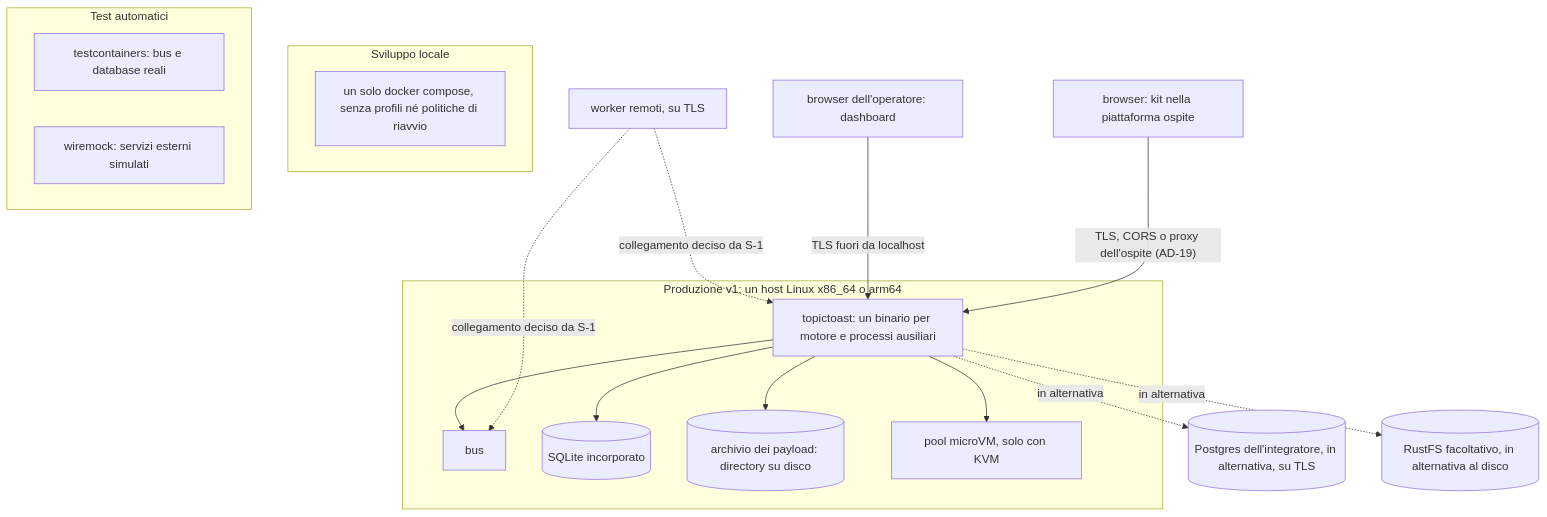
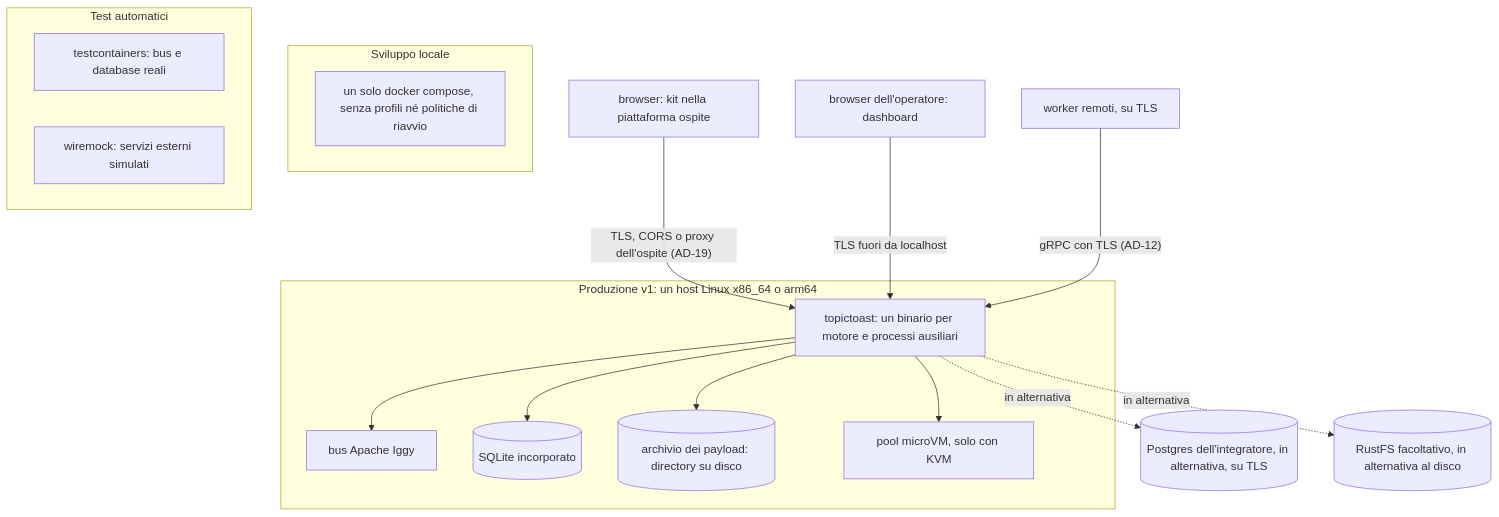
Before and after one commit to topictoast/topictoast: the third of 3 diagrams in docs/architecture/architecture-topictoast-2026-11-20/ARCHITECTURE-SPINE.md, drawn with Mermaid. The commit also changed other lines of this file and 5 other files, not shown here.

Commit message:
docs(architecture): update the spine after spike S-1 (bus ADR), AD ids stable

````diff
--- a/docs/architecture/architecture-topictoast-2026-11-20/ARCHITECTURE-SPINE.md
+++ b/docs/architecture/architecture-topictoast-2026-11-20/ARCHITECTURE-SPINE.md
@@ -750,34 +758,33 @@
 ```mermaid
 flowchart TB
   subgraph prod ["Produzione v1: un host Linux x86_64 o arm64"]
     svc1["topictoast: un binario per motore e processi ausiliari"]
-    svc2["bus"]
+    svc2["bus Apache Iggy"]
     sqlite[("SQLite incorporato")]
     payloads[("archivio dei payload: directory su disco")]
     kvm["pool microVM, solo con KVM"]
   end
   pg[("Postgres dell'integratore, in alternativa, su TLS")]
   rustfs[("RustFS facoltativo, in alternativa al disco")]
   remote["worker remoti, su TLS"]
   hostbrowser["browser: kit nella piattaforma ospite"]
   opbrowser["browser dell'operatore: dashboard"]
 
   hostbrowser -->|"TLS, CORS o proxy dell'ospite (AD-19)"| svc1
   opbrowser -->|"TLS fuori da localhost"| svc1
-  remote -.->|"collegamento deciso da S-1"| svc1
-  remote -.->|"collegamento deciso da S-1"| svc2
+  remote -->|"gRPC con TLS (AD-12)"| svc1
   svc1 --> svc2
   svc1 --> sqlite
   svc1 -.->|"in alternativa"| pg
   svc1 --> payloads
   svc1 -.->|"in alternativa"| rustfs
   svc1 --> kvm
 
   subgraph dev ["Sviluppo locale"]
     compose["un solo docker compose, senza profili né politiche di riavvio"]
   end
   subgraph tests ["Test automatici"]
     tc["testcontainers: bus e database reali"]
     wm["wiremock: servizi esterni simulati"]
   end
 ```
````
